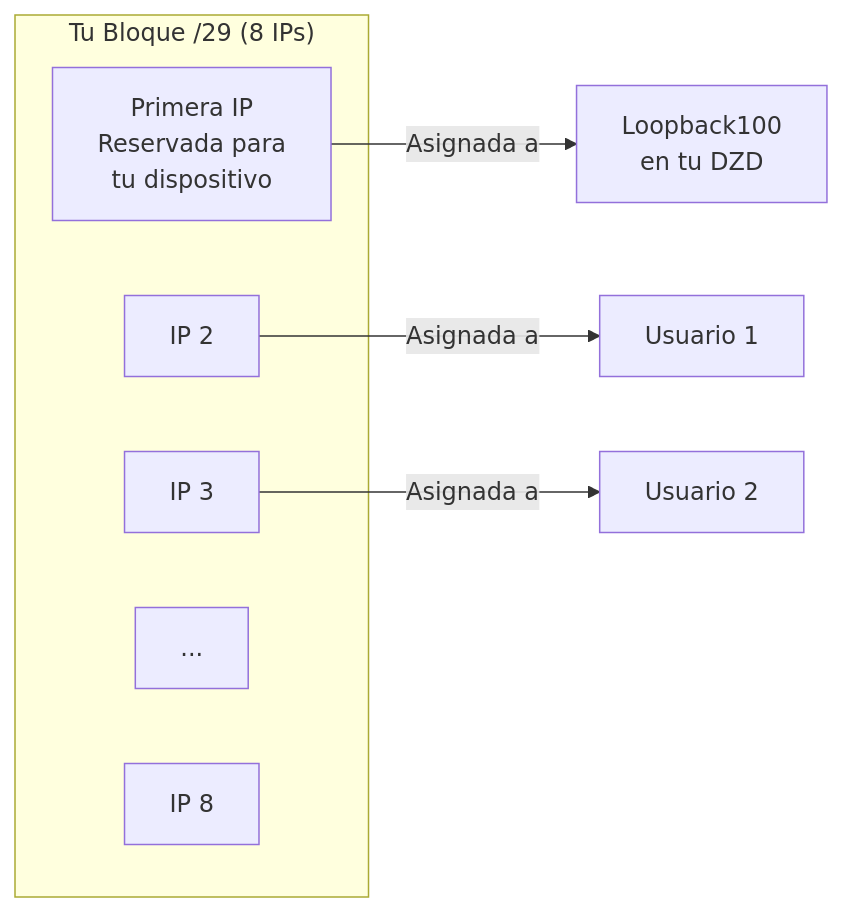
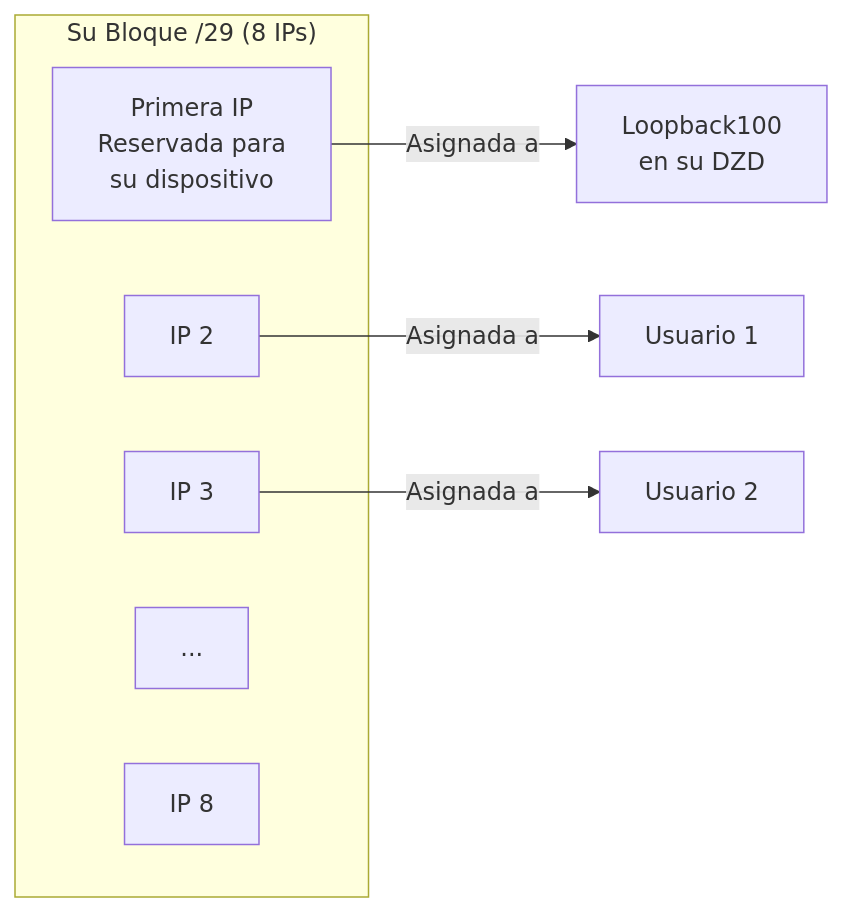
The second of 10 diagrams in docs/contribute-provisioning.es.md (malbeclabs/docs), drawn with Mermaid before and after one commit. The commit also changed other lines of this file and 27 other files, not shown here.

````diff
--- a/docs/contribute-provisioning.es.md
+++ b/docs/contribute-provisioning.es.md
@@ -122,14 +122,14 @@
 ```mermaid
 flowchart LR
-    subgraph "Tu Bloque /29 (8 IPs)"
-        IP1["Primera IP<br/>Reservada para<br/>tu dispositivo"]
+    subgraph "Su Bloque /29 (8 IPs)"
+        IP1["Primera IP<br/>Reservada para<br/>su dispositivo"]
         IP2["IP 2"]
         IP3["IP 3"]
         IP4["..."]
         IP8["IP 8"]
     end
 
-    IP1 -->|Asignada a| LO[Loopback100<br/>en tu DZD]
+    IP1 -->|Asignada a| LO[Loopback100<br/>en su DZD]
     IP2 -->|Asignada a| U1[Usuario 1]
     IP3 -->|Asignada a| U2[Usuario 2]
 ```
````
